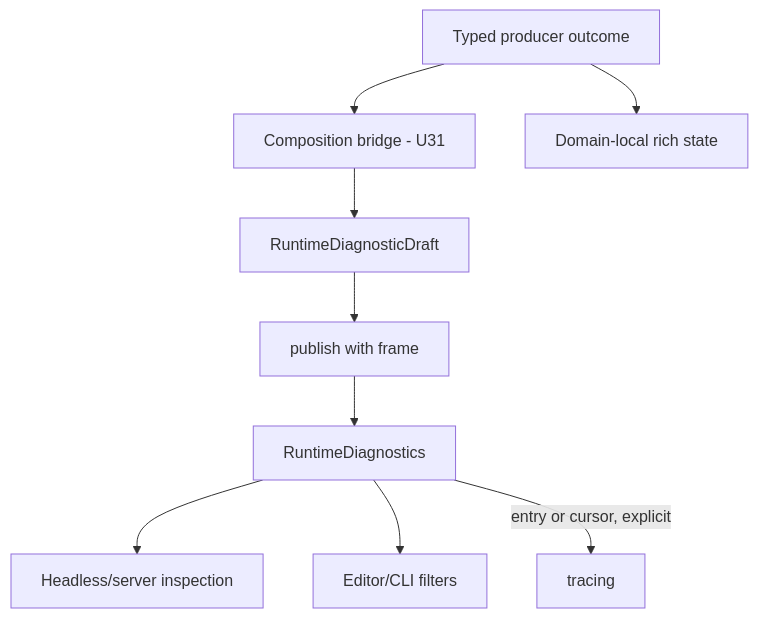
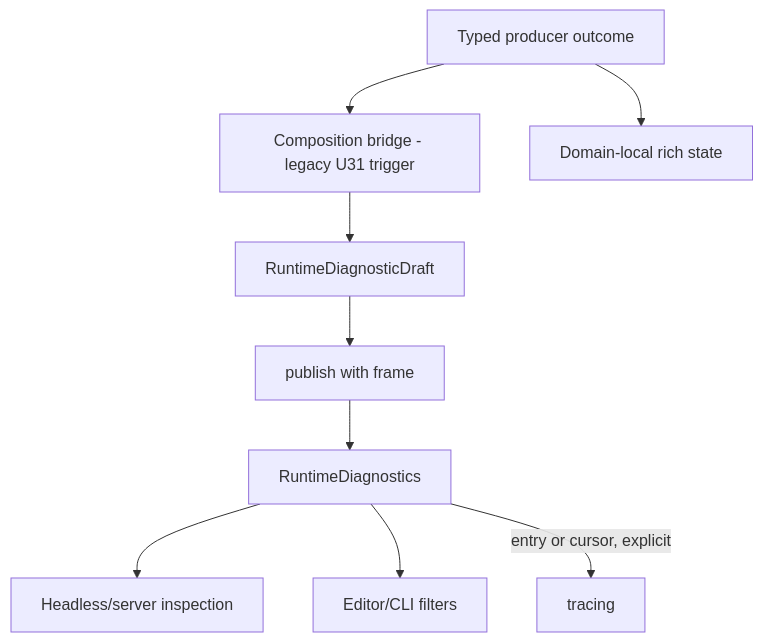
One commit to Latias94/nara changed the diagram in docs/architecture/adr/0048-runtime-diagnostics-and-observability-bus.md. Above: the diagram before and after it, drawn with Mermaid. The commit also changed other lines of this file and 18 other files, not shown here.

First line of the commit message:
docs(architecture): sharpen product evidence boundaries

````diff
--- a/docs/architecture/adr/0048-runtime-diagnostics-and-observability-bus.md
+++ b/docs/architecture/adr/0048-runtime-diagnostics-and-observability-bus.md
@@ -25,11 +25,11 @@
 ```mermaid
 flowchart TD
-    Domain[Typed producer outcome] --> Bridge[Composition bridge - U31]
+    Domain[Typed producer outcome] --> Bridge[Composition bridge - legacy U31 trigger]
     Bridge --> Draft[RuntimeDiagnosticDraft]
     Draft --> Publish[publish with frame]
     Publish --> Bus[RuntimeDiagnostics]
     Bus --> Headless[Headless/server inspection]
     Bus --> Editor[Editor/CLI filters]
     Bus -->|entry or cursor, explicit| Trace[tracing]
     Domain --> Local[Domain-local rich state]
 ```
````
